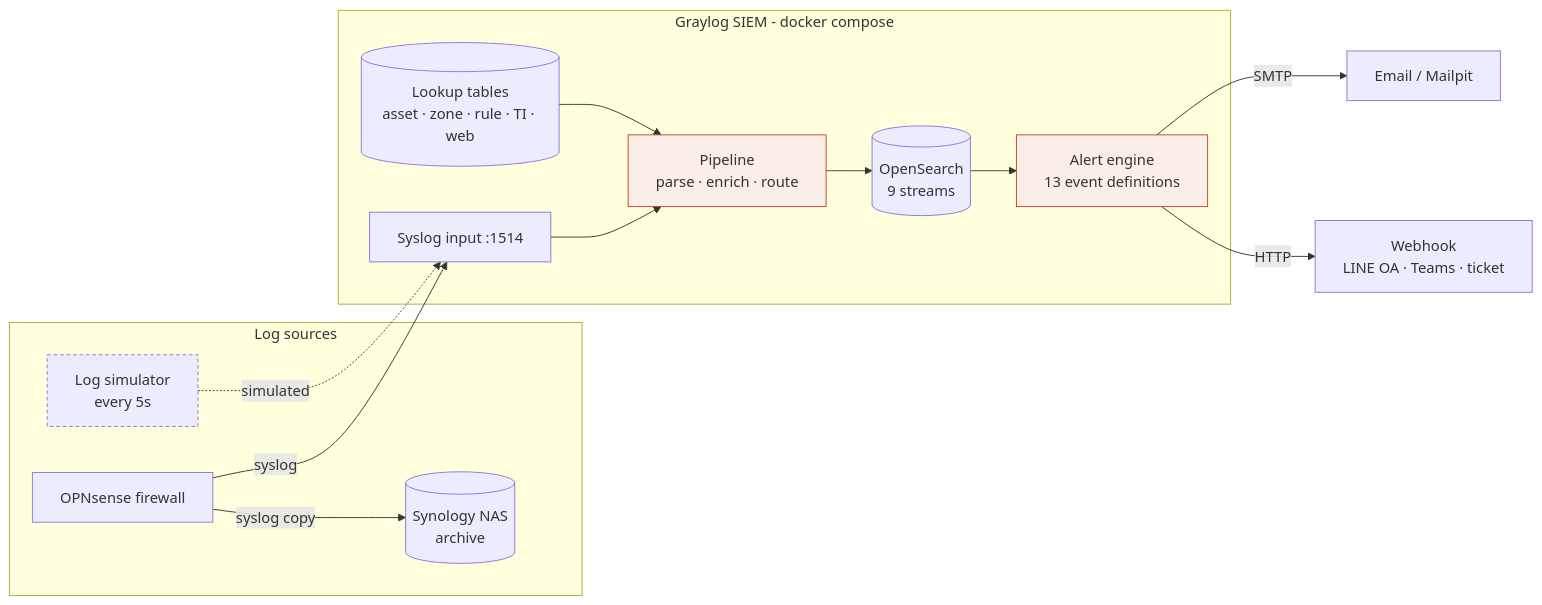
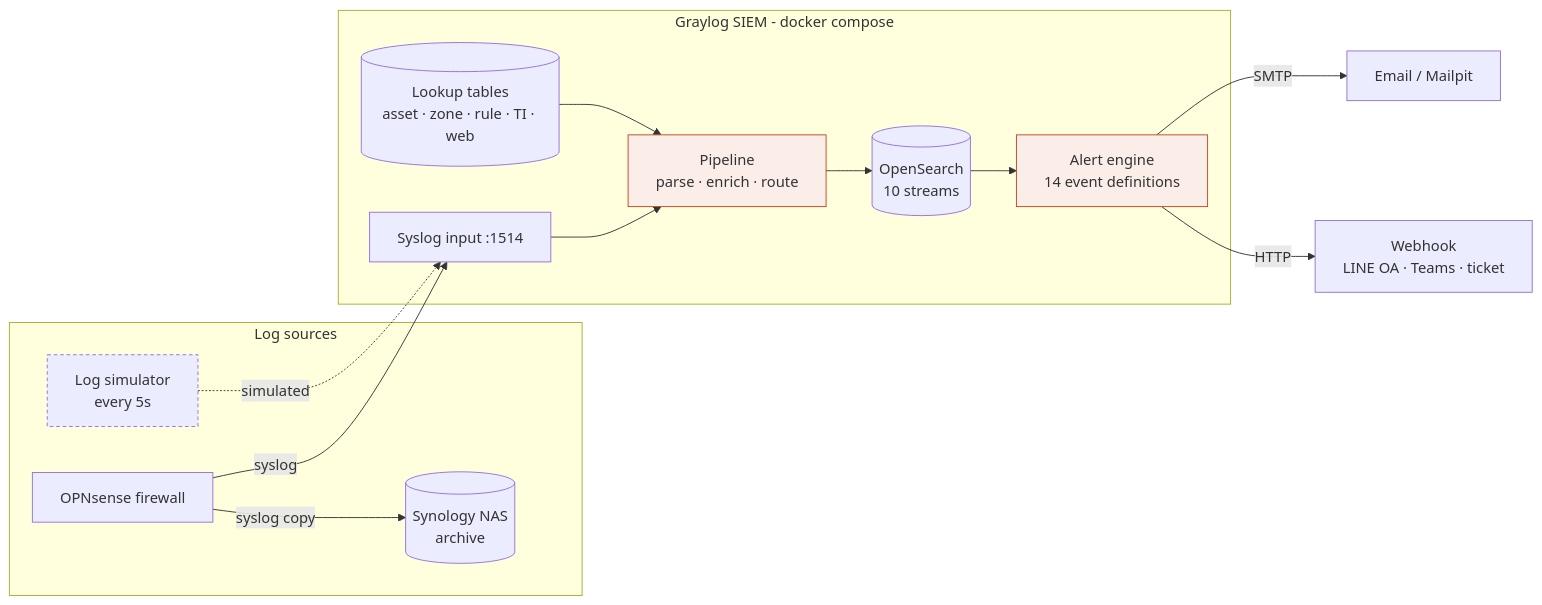
Before and after one commit to Rabcat-dome/siem-poc: the diagram in README.md, drawn with Mermaid. The commit also changed other lines of this file and 14 other files, not shown here.

````diff
--- a/README.md
+++ b/README.md
@@ -8,24 +8,24 @@
 ```mermaid
 flowchart LR
   subgraph SRC[Log sources]
     FW[OPNsense firewall]
     SIM[Log simulator<br/>every 5s]:::poc
     NAS[(Synology NAS<br/>archive)]
   end
   subgraph GL[Graylog SIEM - docker compose]
     IN[Syslog input :1514]
     PIPE[Pipeline<br/>parse · enrich · route]:::focal
     LUT[(Lookup tables<br/>asset · zone · rule · TI · web)]
-    OS[(OpenSearch<br/>9 streams)]
-    AL[Alert engine<br/>13 event definitions]:::focal
+    OS[(OpenSearch<br/>10 streams)]
+    AL[Alert engine<br/>14 event definitions]:::focal
   end
   FW -- syslog --> IN
   FW -- syslog copy --> NAS
   SIM -. simulated .-> IN
   IN --> PIPE --> OS --> AL
   LUT --> PIPE
   AL -- SMTP --> MAIL[Email / Mailpit]
   AL -- HTTP --> HOOK[Webhook<br/>LINE OA · Teams · ticket]
   classDef focal fill:#fbeee9,stroke:#bf4520
   classDef poc stroke-dasharray: 4 3
 ```
````
